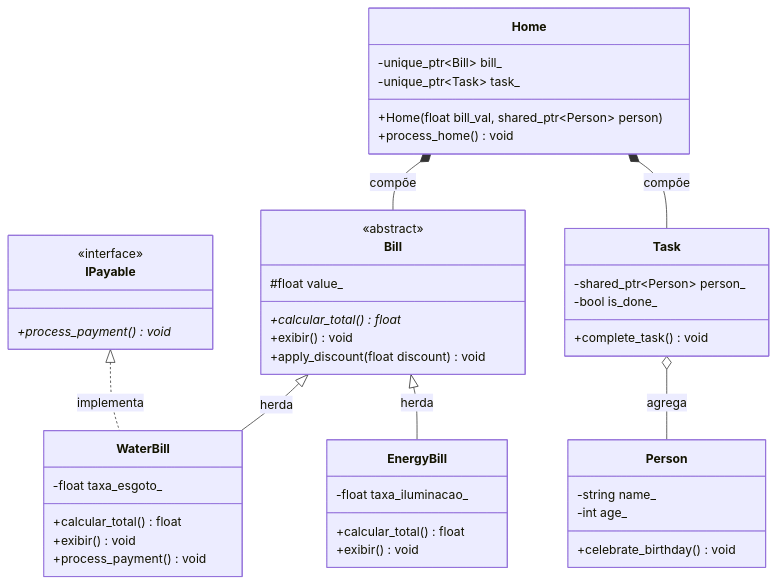
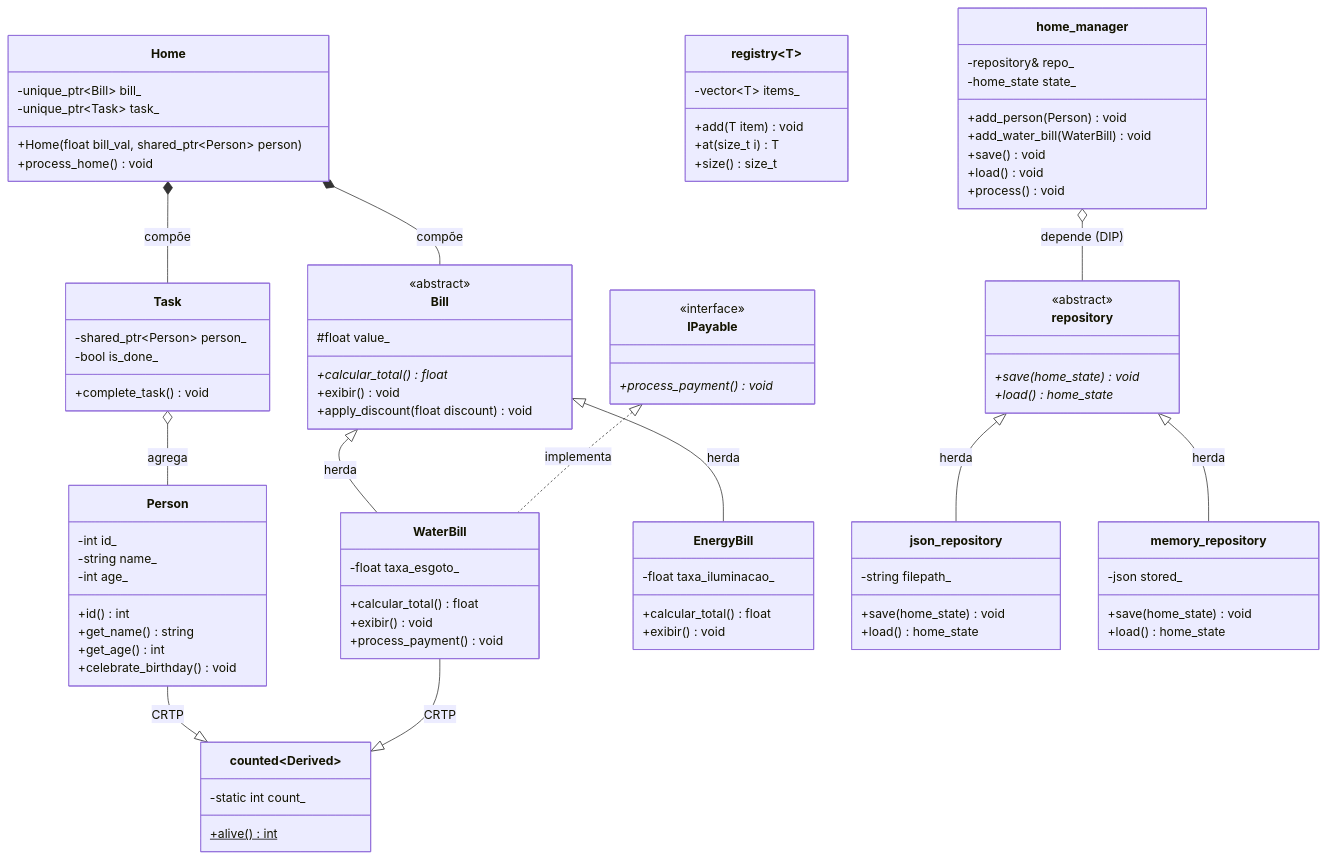
The diagram in README.md (GeraldoONeto/Projeto-POO), drawn with Mermaid before and after one commit. The commit also changed other lines of this file and 13 other files, not shown here.

````diff
--- a/README.md
+++ b/README.md
@@ -19,8 +19,12 @@
     }
     
     class Person {
+        -int id_
         -string name_
         -int age_
+        +id() int
+        +get_name() string
+        +get_age() int
         +celebrate_birthday() void
     }
     
@@ -56,10 +60,55 @@
         +complete_task() void
     }
 
+    class registry~T~ {
+        -vector~T~ items_
+        +add(T item) void
+        +at(size_t i) T
+        +size() size_t
+    }
+
+    class counted~Derived~ {
+        -static int count_
+        +alive() int$
+    }
+
+    class repository {
+        <<abstract>>
+        +save(home_state) void*
+        +load() home_state*
+    }
+
+    class json_repository {
+        -string filepath_
+        +save(home_state) void
+        +load() home_state
+    }
+
+    class memory_repository {
+        -json stored_
+        +save(home_state) void
+        +load() home_state
+    }
+
+    class home_manager {
+        -repository& repo_
+        -home_state state_
+        +add_person(Person) void
+        +add_water_bill(WaterBill) void
+        +save() void
+        +load() void
+        +process() void
+    }
+
     Home *-- Bill : compõe
     Home *-- Task : compõe
     Task o-- Person : agrega
     Bill <|-- WaterBill : herda
     Bill <|-- EnergyBill : herda
     IPayable <|.. WaterBill : implementa
+    Person --|> counted~Person~ : CRTP
+    WaterBill --|> counted~WaterBill~ : CRTP
+    repository <|-- json_repository : herda
+    repository <|-- memory_repository : herda
+    home_manager o-- repository : depende (DIP)
 ```
````
